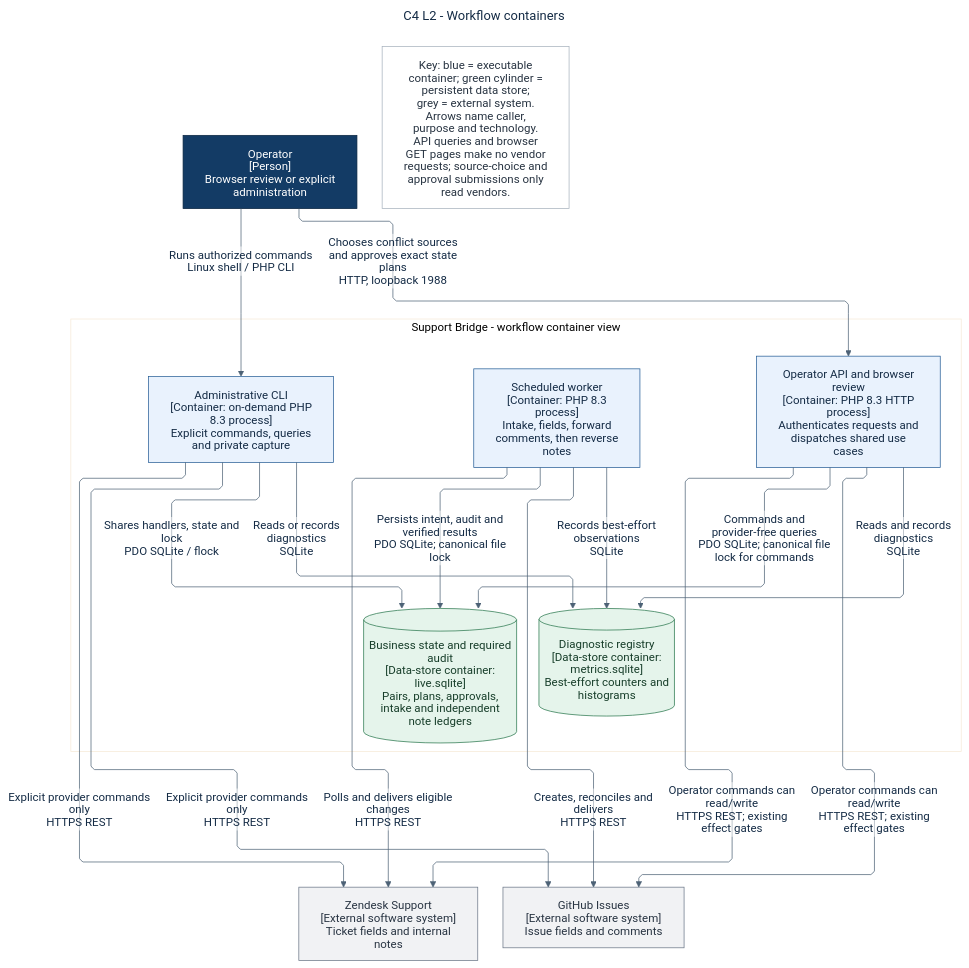
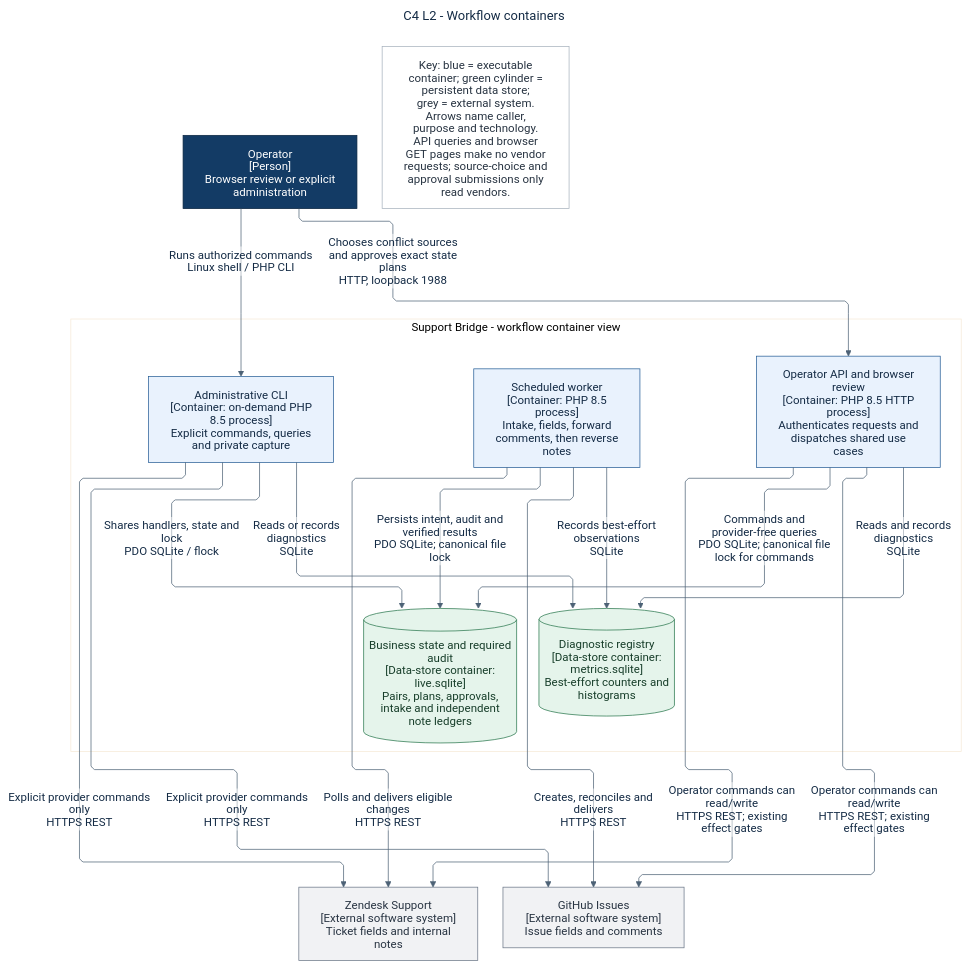
The diagram in docs/c4/source/02-containers-workflow.mmd (AlbertFlorescu/support-bridge), drawn with Mermaid before and after one commit. The commit also changed 21 other files, not shown here.

```diff
--- a/docs/c4/source/02-containers-workflow.mmd
+++ b/docs/c4/source/02-containers-workflow.mmd
@@ -1,59 +1,59 @@
 ---
 title: C4 L2 - Workflow containers
 config:
   htmlLabels: false
   layout: elk
   theme: base
   themeVariables:
     primaryColor: '#edf4ff'
     primaryTextColor: '#142b45'
     primaryBorderColor: '#456d9e'
     lineColor: '#4d6276'
     edgeLabelBackground: '#ffffff'
     noteBkgColor: '#f5f7fa'
     noteBorderColor: '#94a3b8'
   fontFamily: DejaVu Sans, sans-serif
   flowchart:
     htmlLabels: false
     curve: linear
     nodeSpacing: 32
     rankSpacing: 60
 ---
 flowchart TB
   accTitle: C4 L2 - Workflow containers
   accDescr: The API, scheduled worker and explicit CLI compose the same PHP application. SQLite files are shared storage, not database servers. Every source effect uses the ordinary governance and recovery rules.
   Operator["Operator<br/>[Person]<br/>Browser review or explicit administration"]:::person
   subgraph Bridge["Support Bridge - workflow container view"]
-    API["Operator API and browser review<br/>[Container: PHP 8.3 HTTP process]<br/>Authenticates requests and dispatches shared use cases"]:::container
-    Worker["Scheduled worker<br/>[Container: PHP 8.3 process]<br/>Intake, fields, forward comments, then reverse notes"]:::container
-    CLI["Administrative CLI<br/>[Container: on-demand PHP 8.3 process]<br/>Explicit commands, queries and private capture"]:::container
+    API["Operator API and browser review<br/>[Container: PHP 8.5 HTTP process]<br/>Authenticates requests and dispatches shared use cases"]:::container
+    Worker["Scheduled worker<br/>[Container: PHP 8.5 process]<br/>Intake, fields, forward comments, then reverse notes"]:::container
+    CLI["Administrative CLI<br/>[Container: on-demand PHP 8.5 process]<br/>Explicit commands, queries and private capture"]:::container
     Business[("Business state and required audit<br/>[Data-store container: live.sqlite]<br/>Pairs, plans, approvals, intake and independent note ledgers")]:::store
     Telemetry[("Diagnostic registry<br/>[Data-store container: metrics.sqlite]<br/>Best-effort counters and histograms")]:::store
   end
   Zendesk["Zendesk Support<br/>[External software system]<br/>Ticket fields and internal notes"]:::external
   GitHub["GitHub Issues<br/>[External software system]<br/>Issue fields and comments"]:::external
 
   Operator -->|"Chooses conflict sources and approves exact state plans<br/>HTTP, loopback 1988"| API
   Operator -->|"Runs authorized commands<br/>Linux shell / PHP CLI"| CLI
   API -->|"Commands and provider-free queries<br/>PDO SQLite; canonical file lock for commands"| Business
   Worker -->|"Persists intent, audit and verified results<br/>PDO SQLite; canonical file lock"| Business
   CLI -->|"Shares handlers, state and lock<br/>PDO SQLite / flock"| Business
   API -->|"Reads and records diagnostics<br/>SQLite"| Telemetry
   Worker -->|"Records best-effort observations<br/>SQLite"| Telemetry
   CLI -->|"Reads or records diagnostics<br/>SQLite"| Telemetry
   API -->|"Operator commands can read/write<br/>HTTPS REST; existing effect gates"| Zendesk
   API -->|"Operator commands can read/write<br/>HTTPS REST; existing effect gates"| GitHub
   Worker -->|"Polls and delivers eligible changes<br/>HTTPS REST"| Zendesk
   Worker -->|"Creates, reconciles and delivers<br/>HTTPS REST"| GitHub
   CLI -->|"Explicit provider commands only<br/>HTTPS REST"| Zendesk
   CLI -->|"Explicit provider commands only<br/>HTTPS REST"| GitHub
 
   Legend["Key: blue = executable container; green cylinder = persistent data store;<br/>grey = external system. Arrows name caller, purpose and technology.<br/>API queries and browser GET pages make no vendor requests; source-choice and approval submissions only read vendors."]:::key
 
   classDef person fill:#133b65,stroke:#0b2540,color:#fff
   classDef system fill:#1e5c9a,stroke:#133b65,color:#fff
   classDef container fill:#e9f2fd,stroke:#245c95,color:#142b45
   classDef component fill:#eef4fd,stroke:#456d9e,color:#142b45
   classDef store fill:#e5f4eb,stroke:#28754c,color:#173e2a
   classDef external fill:#f1f2f4,stroke:#697586,color:#283442
   classDef key fill:#fff,stroke:#a6b0bc,color:#283442
```
